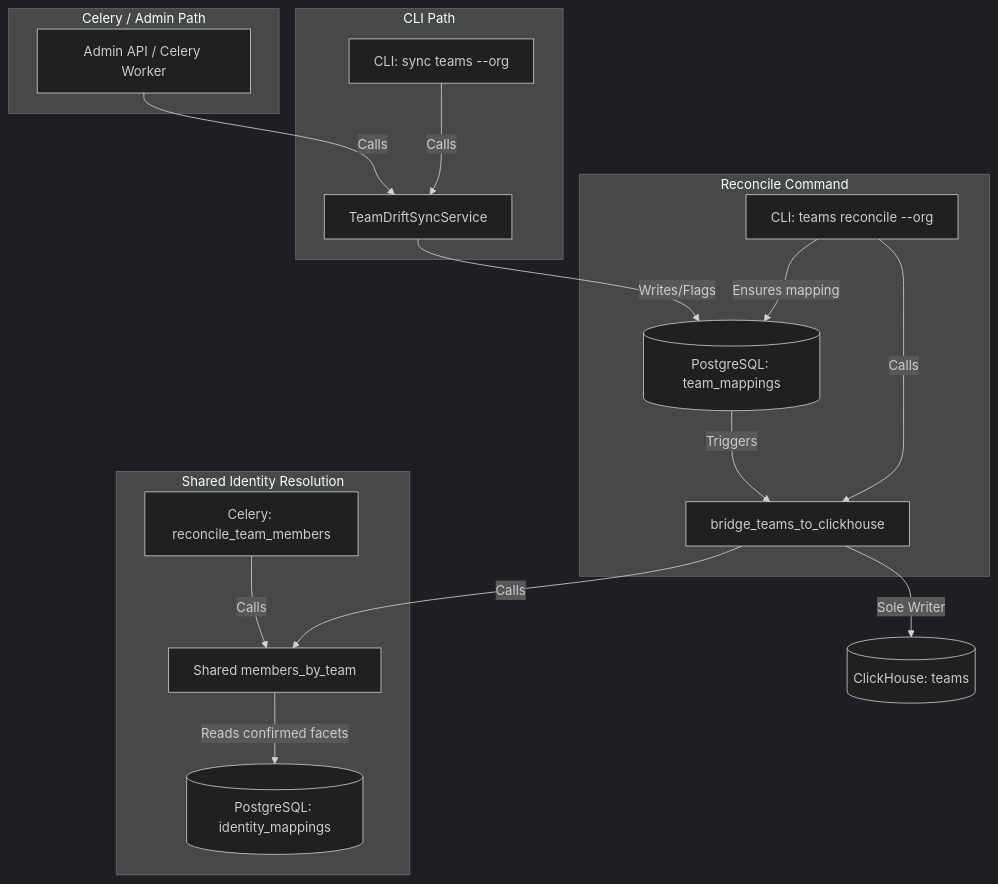
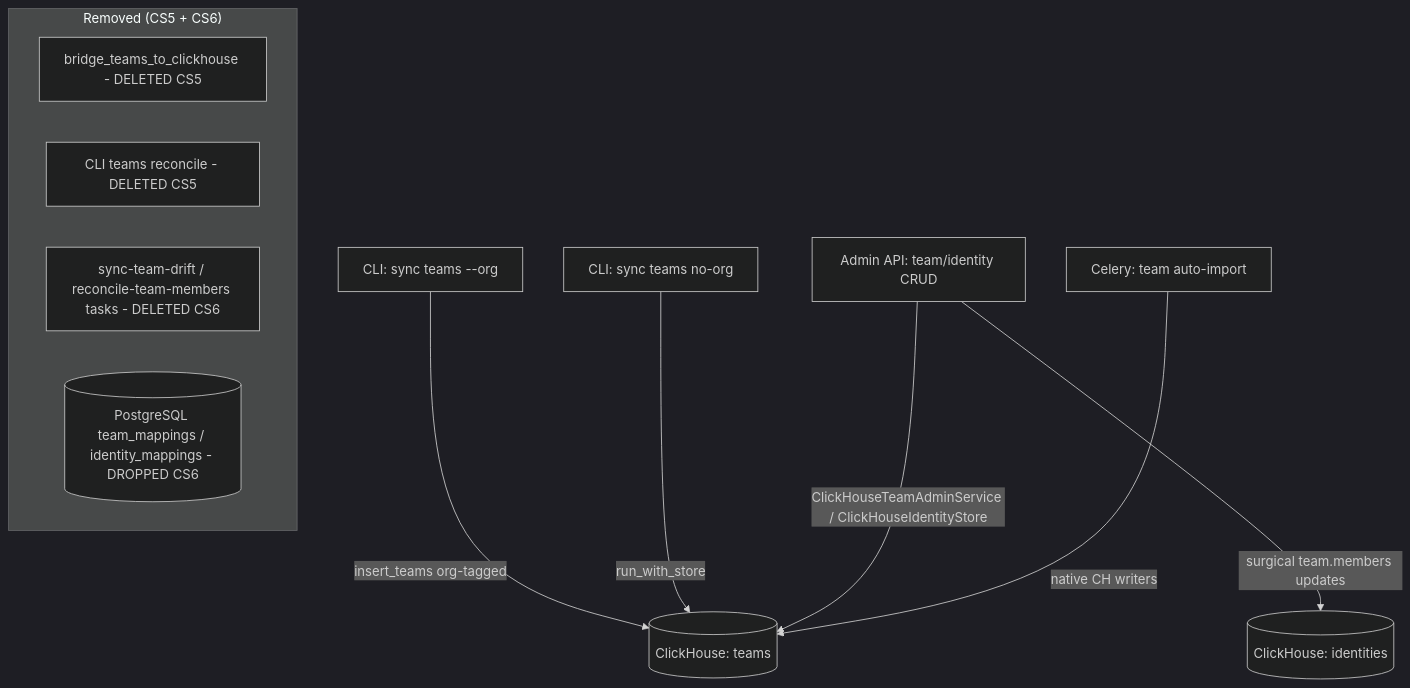
One commit to full-chaos/dev-health-ops changed the diagram in docs/architecture/database-architecture.md. Above: the diagram before and after it, drawn with Mermaid (dark theme). The commit also changed other lines of this file and 77 other files, not shown here.

First line of the commit message:
CHAOS-2600: ClickHouse-only team attribution (CS0–CS6) → main (#1024)

````diff
--- a/docs/architecture/database-architecture.md
+++ b/docs/architecture/database-architecture.md
@@ -187,25 +167,15 @@
 ```mermaid
 graph TD
-    subgraph CLI Path
-        CLI[CLI: sync teams --org] -->|Calls| Service[TeamDriftSyncService]
-    end
+    CLI[CLI: sync teams --org] -->|insert_teams org-tagged| CH[(ClickHouse: teams)]
+    CLINO[CLI: sync teams no-org] -->|run_with_store| CH
+    Admin[Admin API: team/identity CRUD] -->|ClickHouseTeamAdminService / ClickHouseIdentityStore| CH
+    Admin -->|surgical team.members updates| CHI[(ClickHouse: identities)]
+    AutoImport[Celery: team auto-import] -->|native CH writers| CH
 
-    subgraph Celery / Admin Path
-        Admin[Admin API / Celery Worker] -->|Calls| Service
-    end
-
-    subgraph Reconcile Command
-        Reconcile[CLI: teams reconcile --org] -->|Ensures mapping| PG
-        Reconcile -->|Calls| Bridge[bridge_teams_to_clickhouse]
-    end
-
-    Service -->|Writes/Flags| PG[(PostgreSQL: team_mappings)]
-    PG -->|Triggers| Bridge
-    Bridge -->|Sole Writer| CH[(ClickHouse: teams)]
-
-    subgraph Shared Identity Resolution
-        Bridge -->|Calls| SharedResolver[Shared members_by_team]
-        Worker[Celery: reconcile_team_members] -->|Calls| SharedResolver
-        SharedResolver -->|Reads confirmed facets| PG_Identities[(PostgreSQL: identity_mappings)]
+    subgraph "Removed (CS5 + CS6)"
+        Bridge[bridge_teams_to_clickhouse - DELETED CS5]
+        Reconcile[CLI teams reconcile - DELETED CS5]
+        Drift[sync-team-drift / reconcile-team-members tasks - DELETED CS6]
+        PG[(PostgreSQL team_mappings / identity_mappings - DROPPED CS6)]
     end
 ```
````
